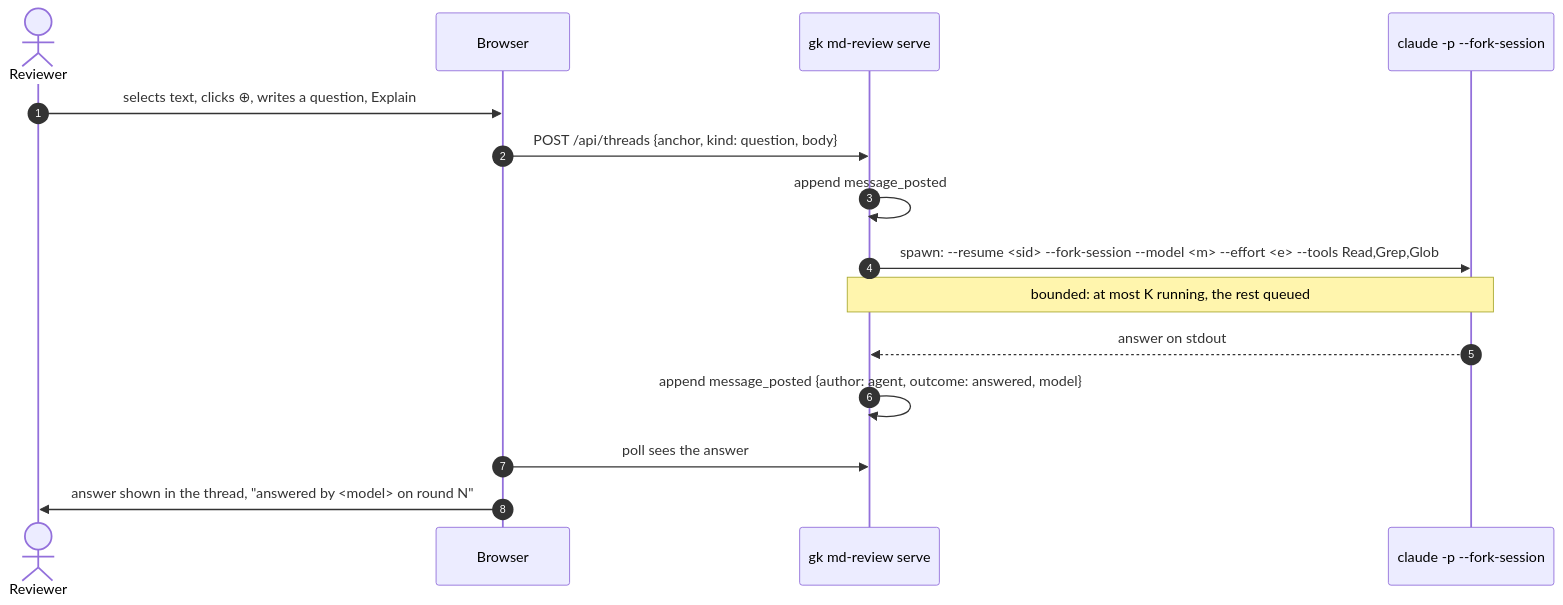
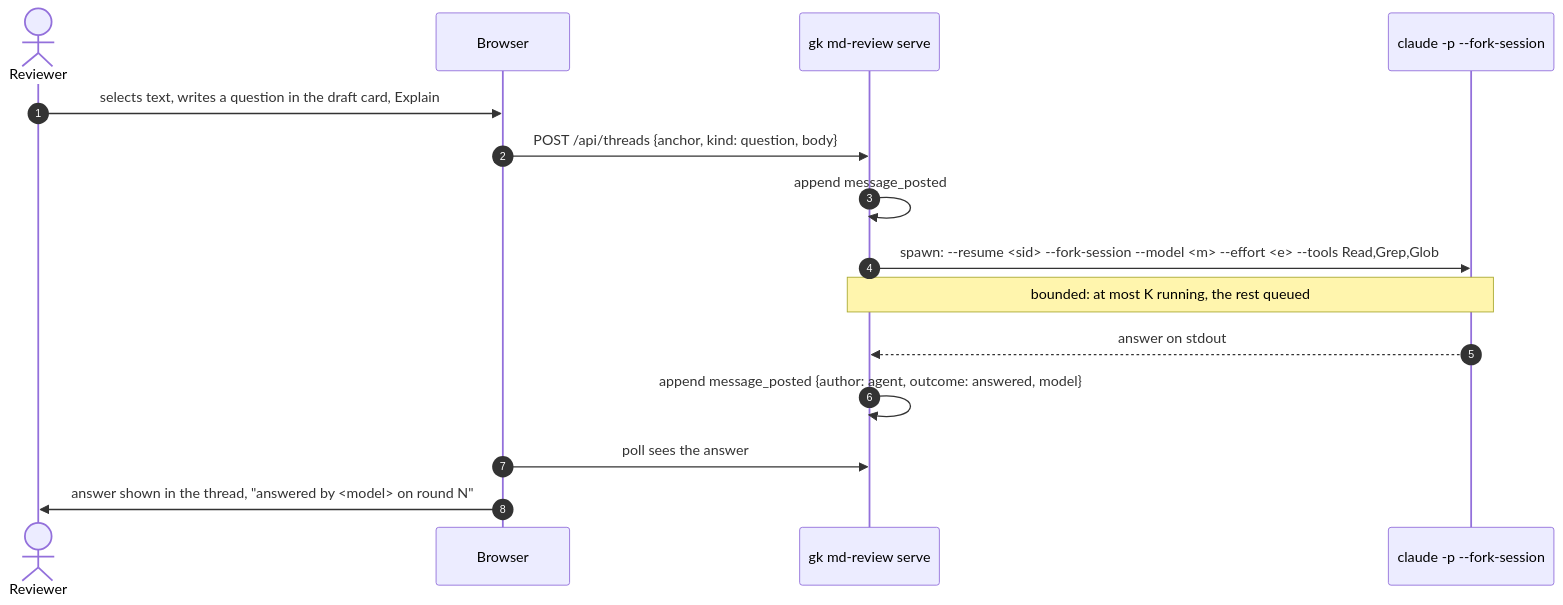
Before and after one commit to msurkovsky/gist: the seventh of 7 diagrams in docs/design/md-review-hld.md, drawn with Mermaid. The commit also changed other lines of this file, not shown here.

````diff
--- a/docs/design/md-review-hld.md
+++ b/docs/design/md-review-hld.md
@@ -275,18 +351,18 @@
 ```mermaid
 sequenceDiagram
   autonumber
   actor H as Reviewer
   participant B as Browser
   participant S as gk md-review serve
   participant C as claude -p --fork-session
 
-  H->>B: selects text, clicks ⊕, writes a question, Explain
+  H->>B: selects text, writes a question in the draft card, Explain
   B->>S: POST /api/threads {anchor, kind: question, body}
   S->>S: append message_posted
   S->>C: spawn: --resume <sid> --fork-session --model <m> --effort <e> --tools Read,Grep,Glob
   Note over S,C: bounded: at most K running, the rest queued
   C-->>S: answer on stdout
   S->>S: append message_posted {author: agent, outcome: answered, model}
   B->>S: poll sees the answer
   B->>H: answer shown in the thread, "answered by <model> on round N"
 ```
````
